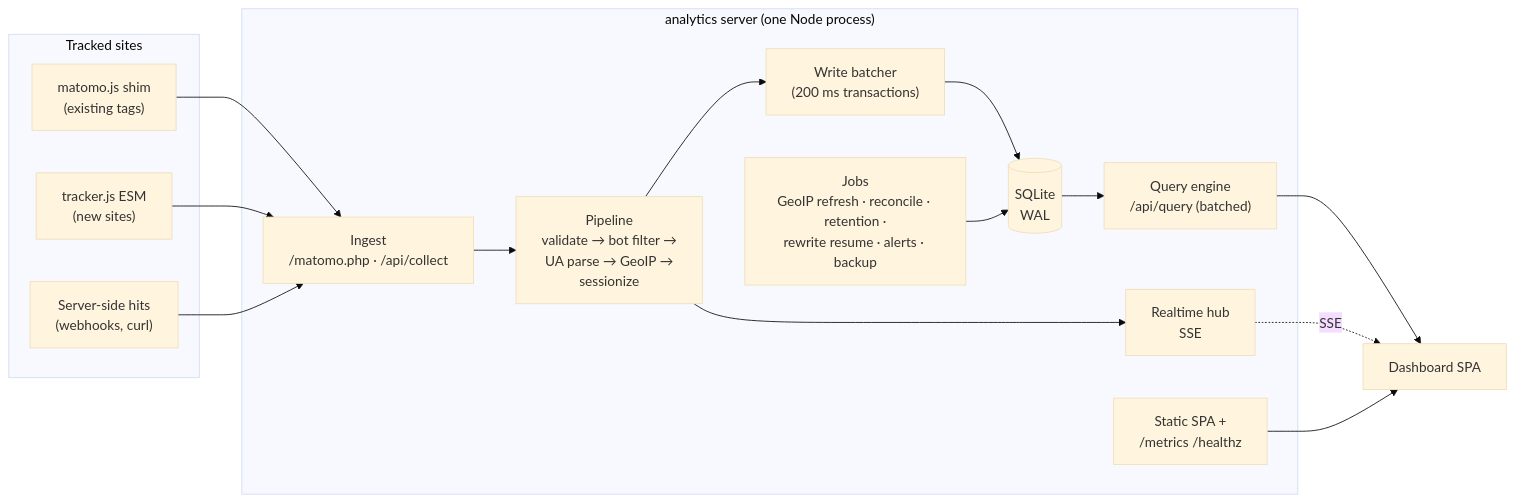
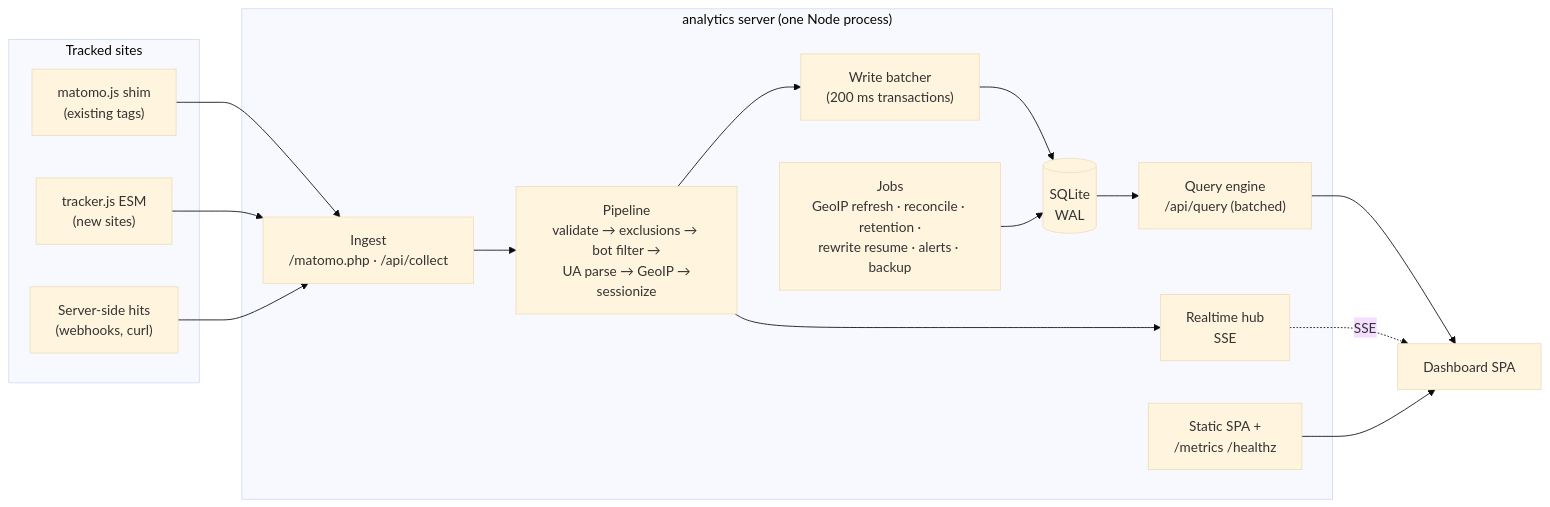
The diagram in docs/02-architecture.md (garyo/featherstat), drawn with Mermaid (base theme) before and after one commit. The commit also changed other lines of this file and 28 other files, not shown here.

````diff
--- a/docs/02-architecture.md
+++ b/docs/02-architecture.md
@@ -10,32 +10,32 @@
 ```mermaid
 flowchart LR
   subgraph Browsers["Tracked sites"]
     T1["matomo.js shim<br/>(existing tags)"]
     T2["tracker.js ESM<br/>(new sites)"]
     T3["Server-side hits<br/>(webhooks, curl)"]
   end
 
   subgraph Server["analytics server (one Node process)"]
     IN["Ingest<br/>/matomo.php · /api/collect"]
-    PIPE["Pipeline<br/>validate → bot filter →<br/>UA parse → GeoIP →<br/>sessionize"]
+    PIPE["Pipeline<br/>validate → exclusions → bot filter →<br/>UA parse → GeoIP →<br/>sessionize"]
     Q["Write batcher<br/>(200 ms transactions)"]
     DB[("SQLite<br/>WAL")]
     QE["Query engine<br/>/api/query (batched)"]
     RT["Realtime hub<br/>SSE"]
     JOBS["Jobs<br/>GeoIP refresh · reconcile · retention ·<br/>rewrite resume · alerts · backup"]
     SPA["Static SPA +<br/>/metrics /healthz"]
   end
 
   UI["Dashboard SPA"]
 
   T1 --> IN
   T2 --> IN
   T3 --> IN
   IN --> PIPE --> Q --> DB
   PIPE --> RT
   DB --> QE
   QE --> UI
   RT -. SSE .-> UI
   SPA --> UI
   JOBS --> DB
 ```
````
